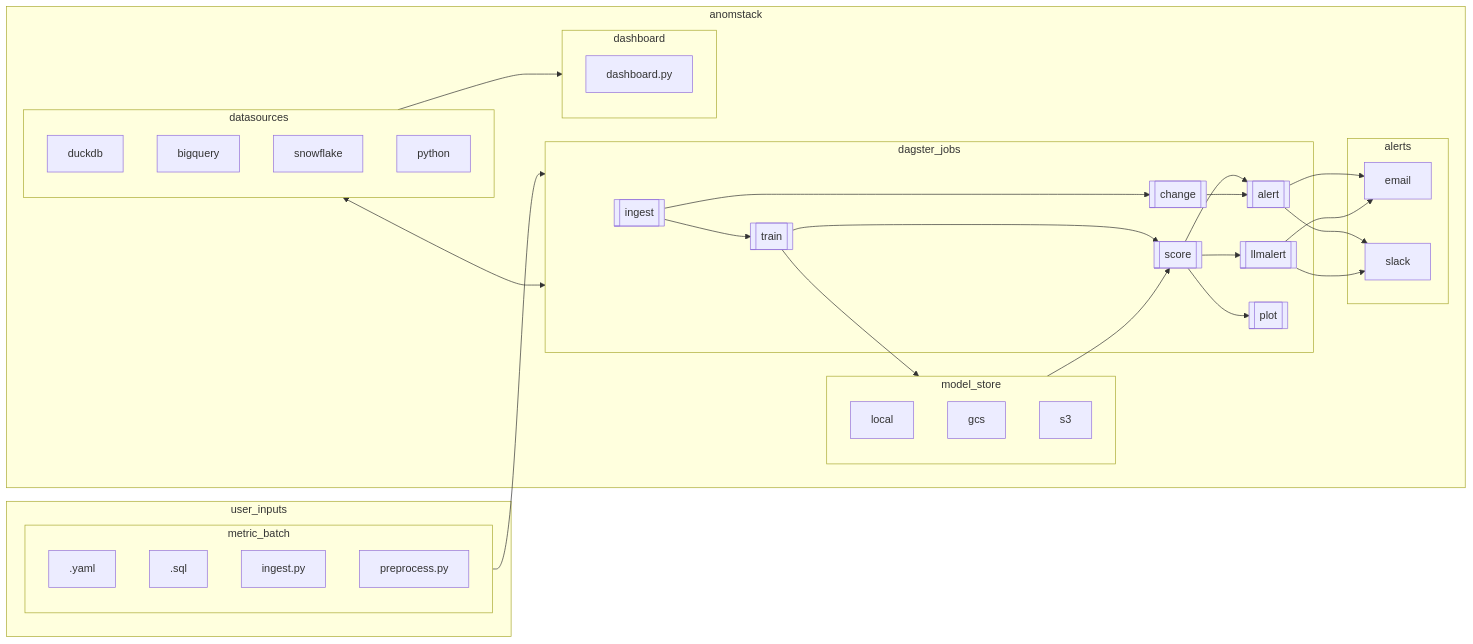
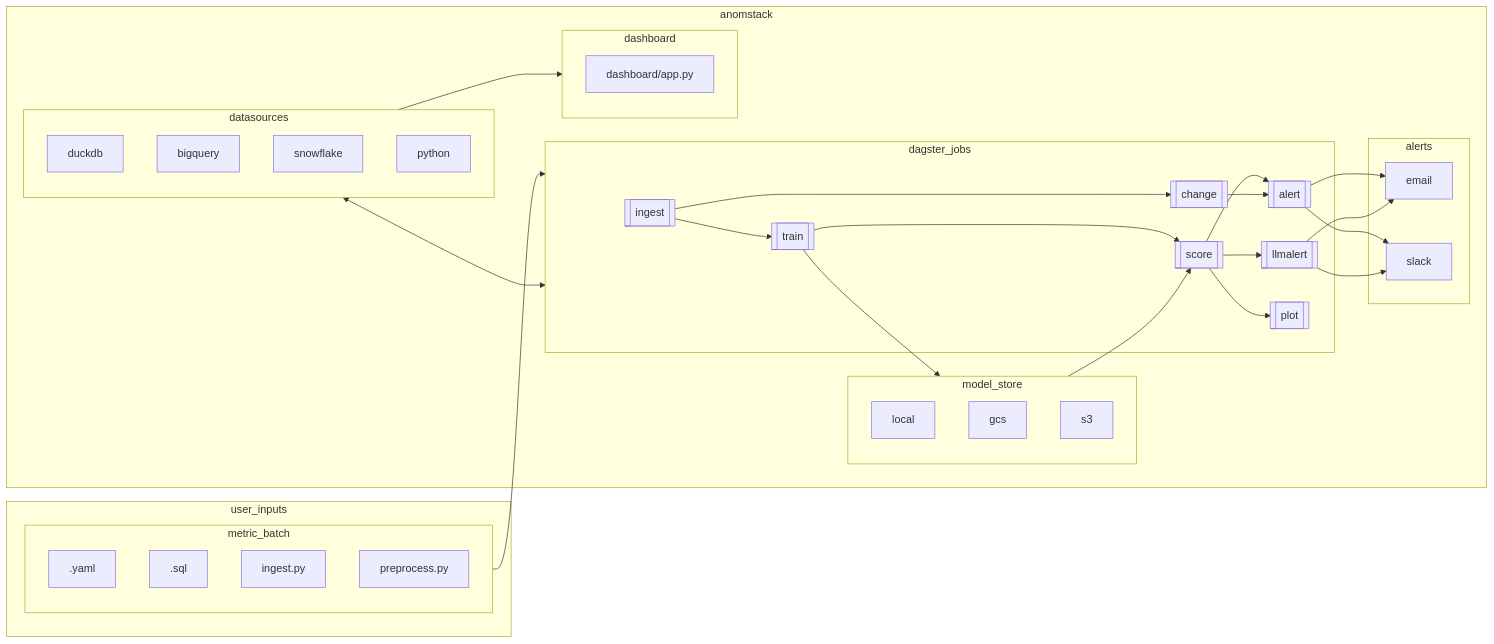
The diagram in README.md (andrewm4894/anomstack), drawn with Mermaid before and after one commit.

Commit message:
Reorganize dashboard file structure to use dedicated dashboard directory

```diff
--- a/README.md
+++ b/README.md
@@ -206,7 +206,7 @@
     change[[change]]
     llmalert[[llmalert]]
     plot[[plot]]
-    dashboardpy["dashboard.py"]
+    dashboardpy["dashboard/app.py"]
 
     subgraph metric_batch
     metric_batch_config
```
